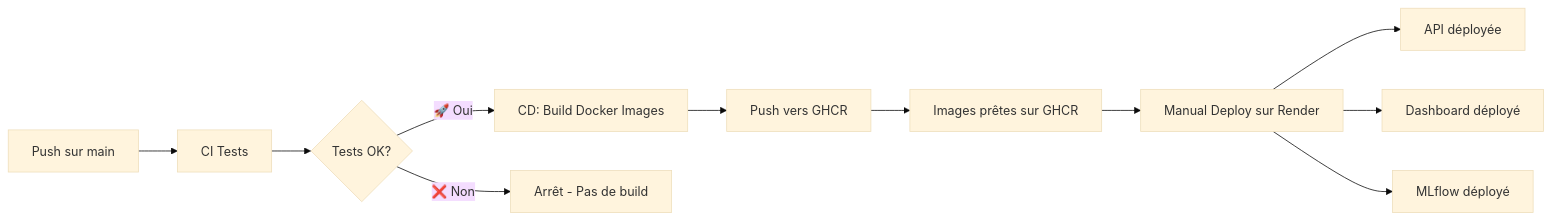
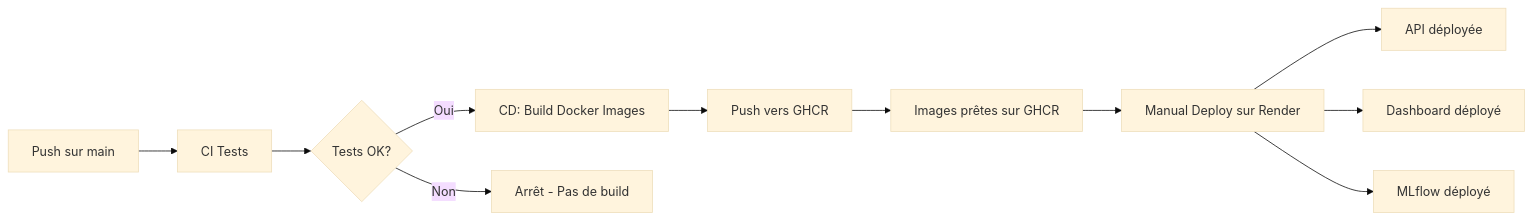
One commit to Absiinator/OPENCLASSROOMS_ML_OPS changed the diagram in RENDER_SETUP.md. Above: the diagram before and after it, drawn with Mermaid (base theme). The commit also changed other lines of this file and 4 other files, not shown here.

````diff
--- a/RENDER_SETUP.md
+++ b/RENDER_SETUP.md
@@ -340,13 +329,13 @@
 ```mermaid
 graph LR
     A[Push sur main] --> B[CI Tests]
     B --> C{Tests OK?}
-    C -->|🚀 Oui| D[CD: Build Docker Images]
+    C -->|Oui| D[CD: Build Docker Images]
     D --> E[Push vers GHCR]
     E --> F[Images prêtes sur GHCR]
     F --> G[Manual Deploy sur Render]
     G --> H[API déployée]
     G --> I[Dashboard déployé]
     G --> J[MLflow déployé]
-    C -->|❌ Non| K[Arrêt - Pas de build]
+    C -->|Non| K[Arrêt - Pas de build]
 ```
````
